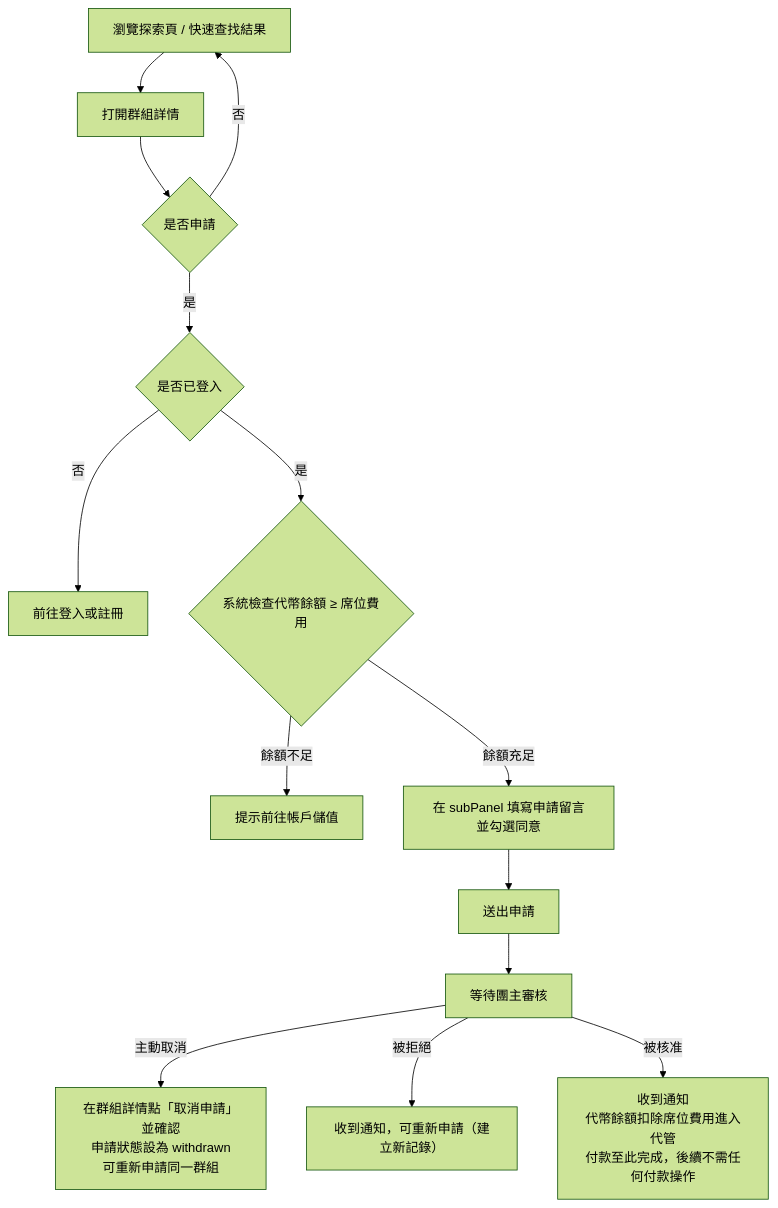
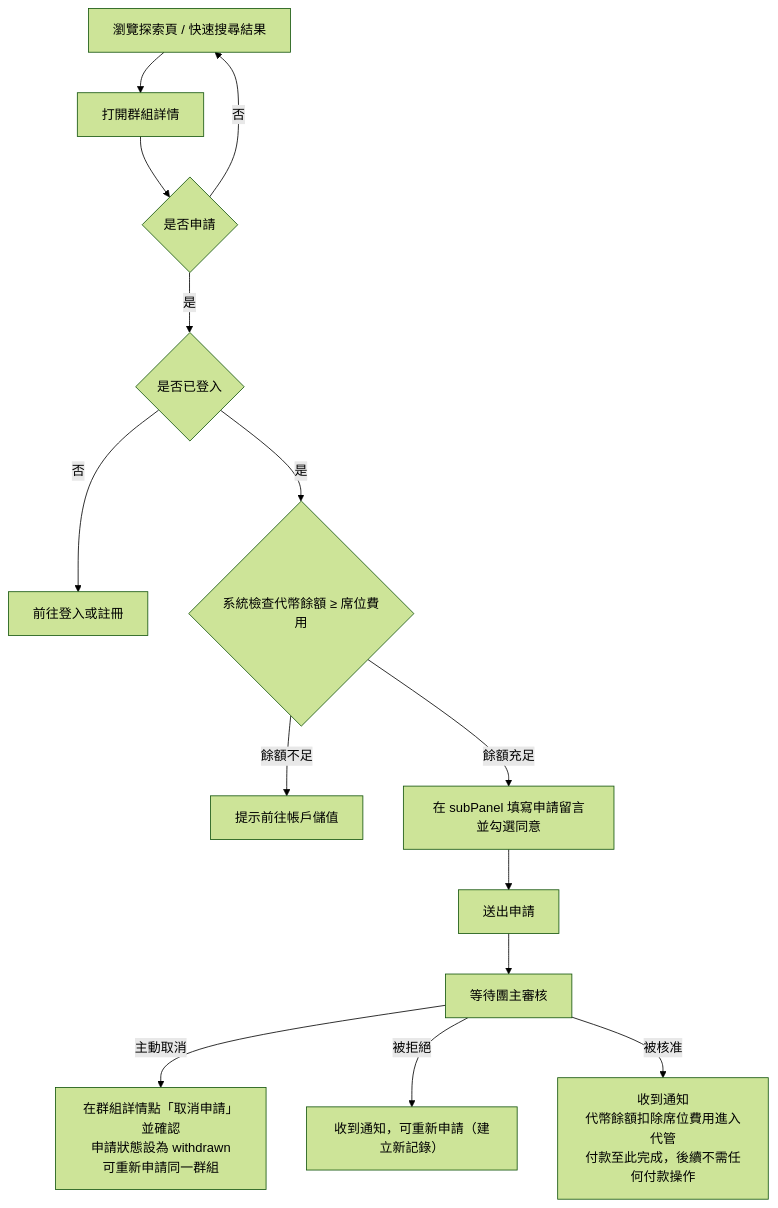
One commit to s1092055/PartyMatch changed the second of 15 diagrams in docs/user-flows.md. Above: the diagram before and after it, drawn with Mermaid (forest theme). The commit also changed 19 other files, not shown here.

````diff
--- a/docs/user-flows.md
+++ b/docs/user-flows.md
@@ -41,16 +41,16 @@
 ```mermaid
 flowchart TD
-  A[瀏覽探索頁 / 快速查找結果] --> B[打開群組詳情]
+  A[瀏覽探索頁 / 快速搜尋結果] --> B[打開群組詳情]
   B --> C{是否申請}
   C -->|否| A
   C -->|是| D{是否已登入}
   D -->|否| D1[前往登入或註冊]
   D -->|是| E{系統檢查代幣餘額 ≥ 席位費用}
   E -->|餘額不足| E1[提示前往帳戶儲值]
   E -->|餘額充足| F[在 subPanel 填寫申請留言並勾選同意]
   F --> G[送出申請]
   G --> H[等待團主審核]
   H -->|主動取消| H0[在群組詳情點「取消申請」並確認\n申請狀態設為 withdrawn\n可重新申請同一群組]
   H -->|被拒絕| H1[收到通知，可重新申請（建立新記錄）]
   H -->|被核准| I[收到通知\n代幣餘額扣除席位費用進入代管\n付款至此完成，後續不需任何付款操作]
 ```
````
